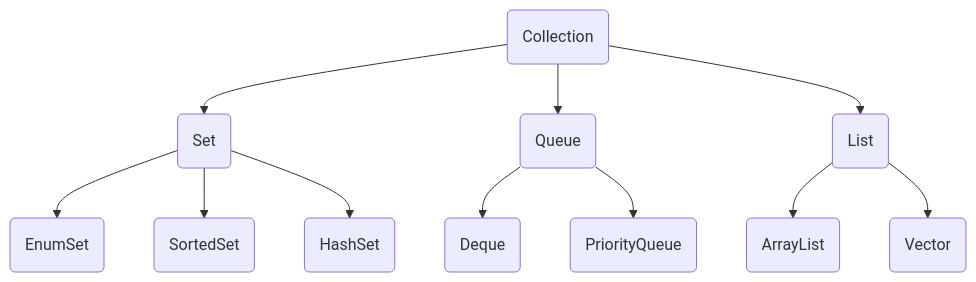
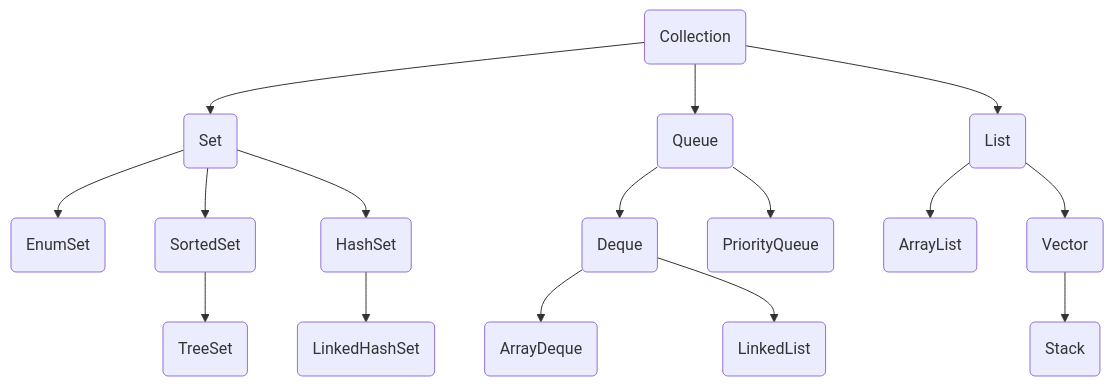
The diagram in 数据结构/Readme.md (Daniel-Wei/Algo_DS_Notes), drawn with Mermaid before and after one commit.

````diff
--- a/数据结构/Readme.md
+++ b/数据结构/Readme.md
@@ -3,31 +3,41 @@
 ```mermaid 
 graph TB;
 
 A(Collection)
 B(Set)
 C(Queue)
 D(List)
 E(EnumSet)
 F(SortedSet)
 G(HashSet)
 H(Deque)
 I(PriorityQueue)
 J(ArrayList)
 K(Vector)
+L(TreeSet)
+M(LinkedHashSet)
+N(ArrayDeque)
+O(LinkedList)
+P(Stack)
 
 A-->B;
 A-->C;
 A-->D;
 
 B-->E;
 B-->F;
+F-->L;
 B-->G;
+G-->M;
 
 C-->H;
+H-->N;
+H-->O;
 C-->I;
 
 D-->J;
 D-->K;
+K-->P;
 
 
 ```
````
